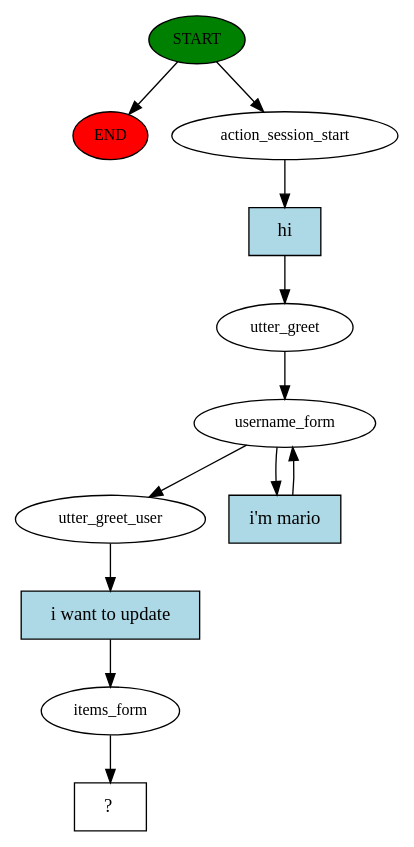
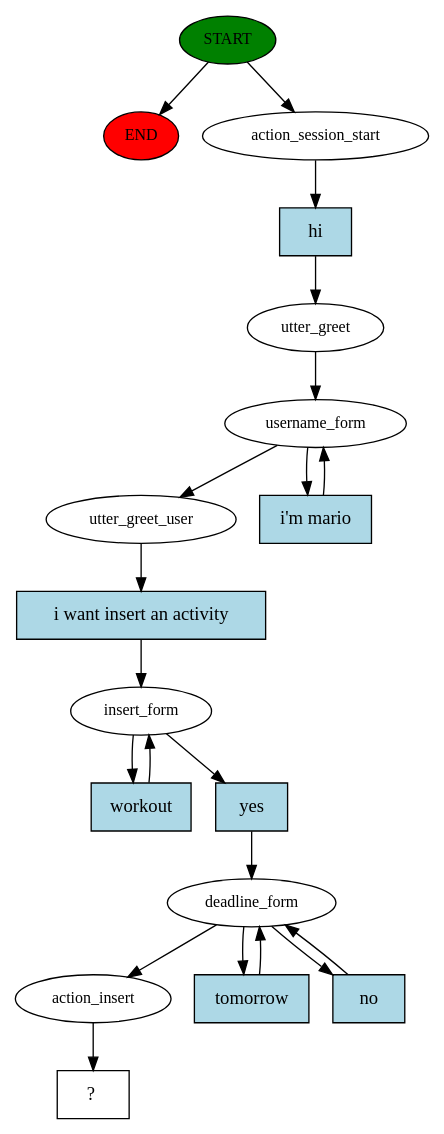
The diagram in src/rasa_ros/chatbot/story_graph.dot (S0nFra/cogrob-todolist), drawn with Graphviz before and after one commit. The commit also changed 28 other files, not shown here.

```diff
--- a/src/rasa_ros/chatbot/story_graph.dot
+++ b/src/rasa_ros/chatbot/story_graph.dot
@@ -1,24 +1,39 @@
 digraph  {
 0 [class="start active", fillcolor=green, fontsize=12, label=START, style=filled];
 "-1" [class=end, fillcolor=red, fontsize=12, label=END, style=filled];
 1 [class=active, fontsize=12, label=action_session_start];
 2 [class=active, fontsize=12, label=utter_greet];
 3 [class=active, fontsize=12, label=username_form];
 5 [class=active, fontsize=12, label=utter_greet_user];
-6 [class=active, fontsize=12, label=items_form];
-7 [class="intent dashed active", label="  ?  ", shape=rect];
-8 [class="intent active", fillcolor=lightblue, label=hi, shape=rect, style=filled];
-9 [class="intent active", fillcolor=lightblue, label="i'm mario", shape=rect, style=filled];
-10 [class="intent active", fillcolor=lightblue, label="i want to update", shape=rect, style=filled];
+6 [class=active, fontsize=12, label=insert_form];
+9 [class=active, fontsize=12, label=deadline_form];
+12 [class=active, fontsize=12, label=action_insert];
+13 [class="intent dashed active", label="  ?  ", shape=rect];
+14 [class="intent active", fillcolor=lightblue, label=hi, shape=rect, style=filled];
+15 [class="intent active", fillcolor=lightblue, label="i'm mario", shape=rect, style=filled];
+16 [class="intent active", fillcolor=lightblue, label="i want insert an activity", shape=rect, style=filled];
+17 [class="intent active", fillcolor=lightblue, label=workout, shape=rect, style=filled];
+18 [class="intent active", fillcolor=lightblue, label=yes, shape=rect, style=filled];
+19 [class="intent active", fillcolor=lightblue, label=tomorrow, shape=rect, style=filled];
+20 [class="intent active", fillcolor=lightblue, label=no, shape=rect, style=filled];
 0 -> "-1"  [class="", key=NONE, label=""];
 0 -> 1  [class=active, key=NONE, label=""];
-1 -> 8  [class=active, key=0];
+1 -> 14  [class=active, key=0];
 2 -> 3  [class=active, key=NONE, label=""];
 3 -> 5  [class=active, key=NONE, label=""];
-3 -> 9  [class=active, key=0];
-5 -> 10  [class=active, key=0];
-6 -> 7  [class=active, key=NONE, label=""];
-8 -> 2  [class=active, key=0];
-9 -> 3  [class=active, key=0];
-10 -> 6  [class=active, key=0];
+3 -> 15  [class=active, key=0];
+5 -> 16  [class=active, key=0];
+6 -> 17  [class=active, key=0];
+6 -> 18  [class=active, key=0];
+9 -> 12  [class=active, key=NONE, label=""];
+9 -> 19  [class=active, key=0];
+9 -> 20  [class=active, key=0];
+12 -> 13  [class=active, key=NONE, label=""];
+14 -> 2  [class=active, key=0];
+15 -> 3  [class=active, key=0];
+16 -> 6  [class=active, key=0];
+17 -> 6  [class=active, key=0];
+18 -> 9  [class=active, key=0];
+19 -> 9  [class=active, key=0];
+20 -> 9  [class=active, key=0];
 }
```
